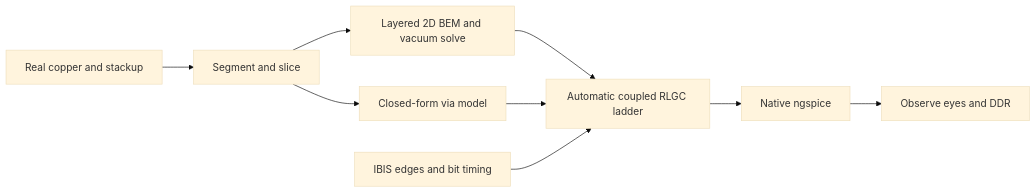
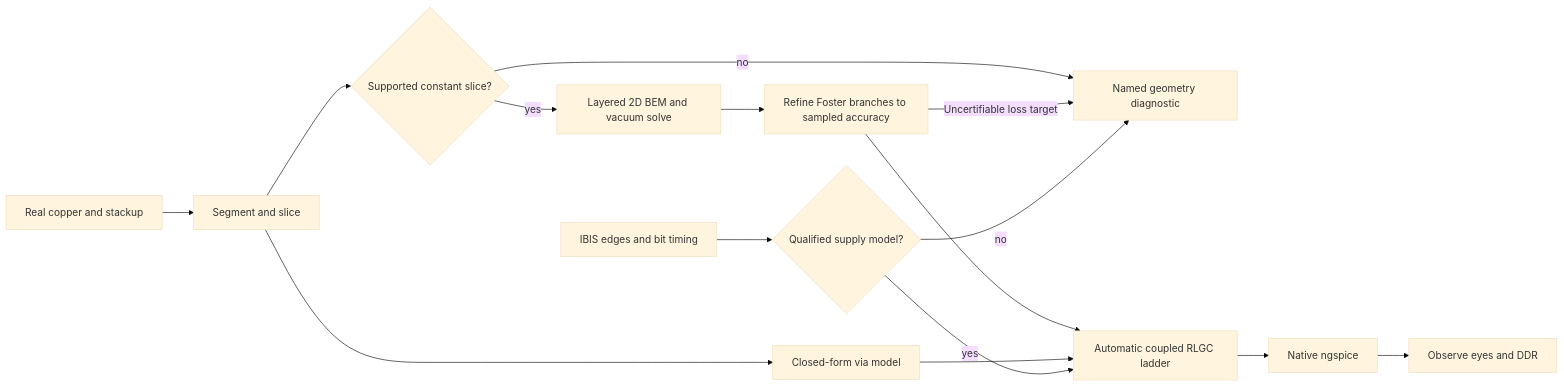
Before and after one commit to tscircuit/pcb-spice-pipeline: the diagram in docs/2d-extraction.md, drawn with Mermaid (base theme). The commit also changed other lines of this file and 1 other file, not shown here.

Commit message:
docs: report partial remediation and unqualified native examples
Record per-finding regressions, final checks, fresh-process failed example attempts, historical-only eye/mutual-L tables, and source line reduction. Keep supply switching, finite-thickness loss, identical-geometry comparison, and cold speed explicitly unresolved.

````diff
--- a/docs/2d-extraction.md
+++ b/docs/2d-extraction.md
@@ -47,11 +47,17 @@
 ```mermaid
 flowchart LR
   copper[Real copper and stackup] --> segments[Segment and slice]
-  segments --> bem[Layered 2D BEM and vacuum solve]
+  segments --> valid{Supported constant slice?}
+  valid -->|yes| bem[Layered 2D BEM and vacuum solve]
+  valid -->|no| error[Named geometry diagnostic]
   segments --> via[Closed-form via model]
-  bem --> ladder[Automatic coupled RLGC ladder]
+  bem --> fit[Refine Foster branches to sampled accuracy]
+  fit --> ladder[Automatic coupled RLGC ladder]
+  fit -->|Uncertifiable loss target| error
   via --> ladder
-  ibis[IBIS edges and bit timing] --> ladder
+  ibis[IBIS edges and bit timing] --> package{Qualified supply model?}
+  package -->|yes| ladder
+  package -->|no| error
   ladder --> spice[Native ngspice]
   spice --> eyes[Observe eyes and DDR]
 ```
````
